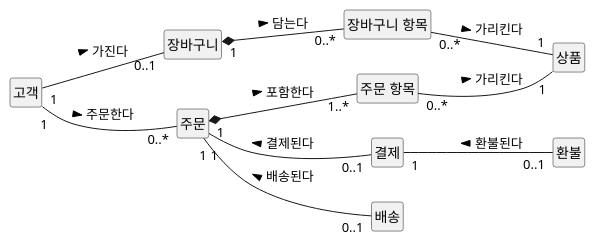
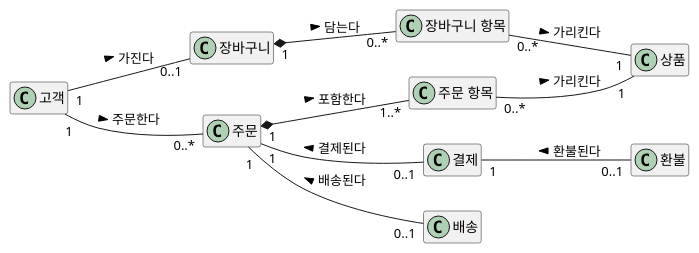
One commit to YoungSan77/TrainingMaterials changed the sixth of 19 diagrams in courses/ooad/sessions/s04.md. Above: the diagram before and after it, drawn with PlantUML. The commit also changed other lines of this file and 44 other files, not shown here.

````diff
--- a/courses/ooad/sessions/s04.md
+++ b/courses/ooad/sessions/s04.md
@@ -579,25 +650,24 @@
 ```plantuml:class
 @startuml
-hide circle
 hide empty members
 left to right direction
 class "고객" as Customer
 class "장바구니" as Cart
 class "장바구니 항목" as CartItem
 class "주문" as Order
 class "주문 항목" as OrderItem
 class "상품" as Product
 class "결제" as Payment
 class "환불" as Refund
 class "배송" as Delivery
 Customer "1" -- "0..1" Cart : 가진다 >
 Cart "1" *-- "0..*" CartItem : 담는다 >
 CartItem "0..*" -- "1" Product : 가리킨다 >
 Customer "1" -- "0..*" Order : 주문한다 >
 Order "1" *-- "1..*" OrderItem : 포함한다 >
 OrderItem "0..*" -- "1" Product : 가리킨다 >
 Order "1" -- "0..1" Payment : 결제된다 <
 Payment "1" -- "0..1" Refund : 환불된다 <
 Order "1" -- "0..1" Delivery : 배송된다 <
 @enduml
 ```
````
